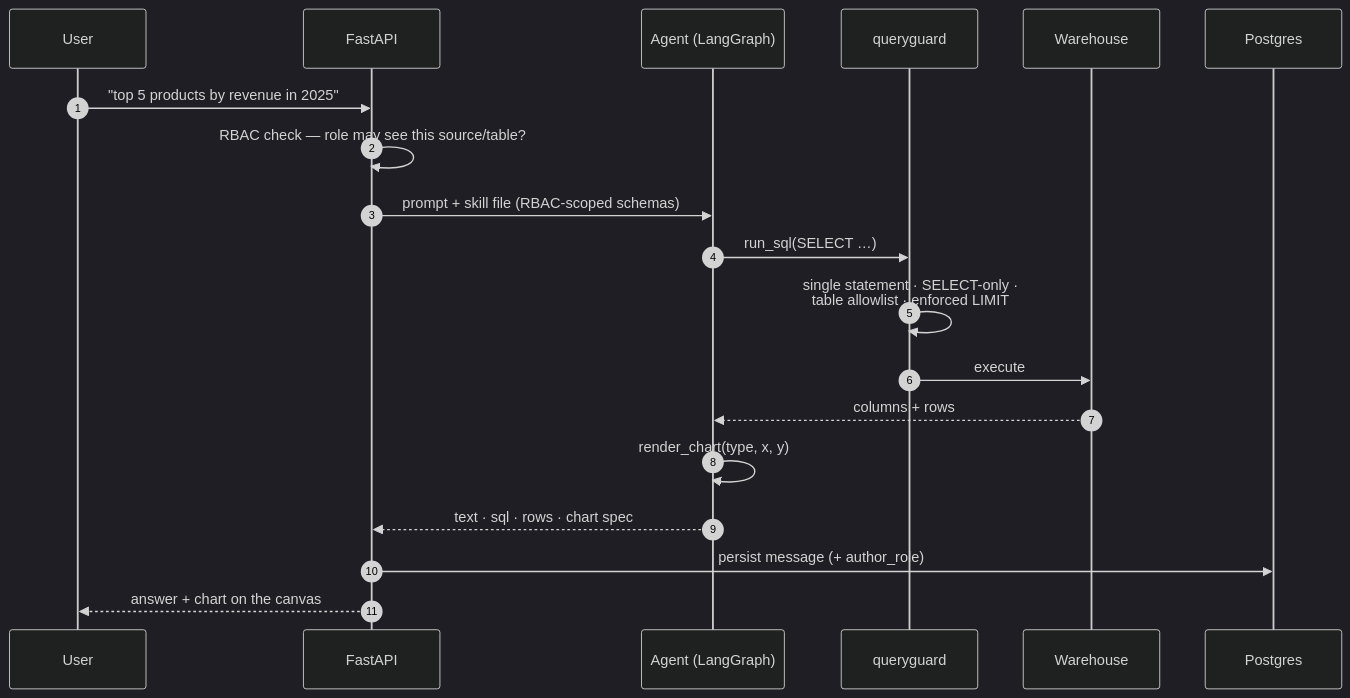
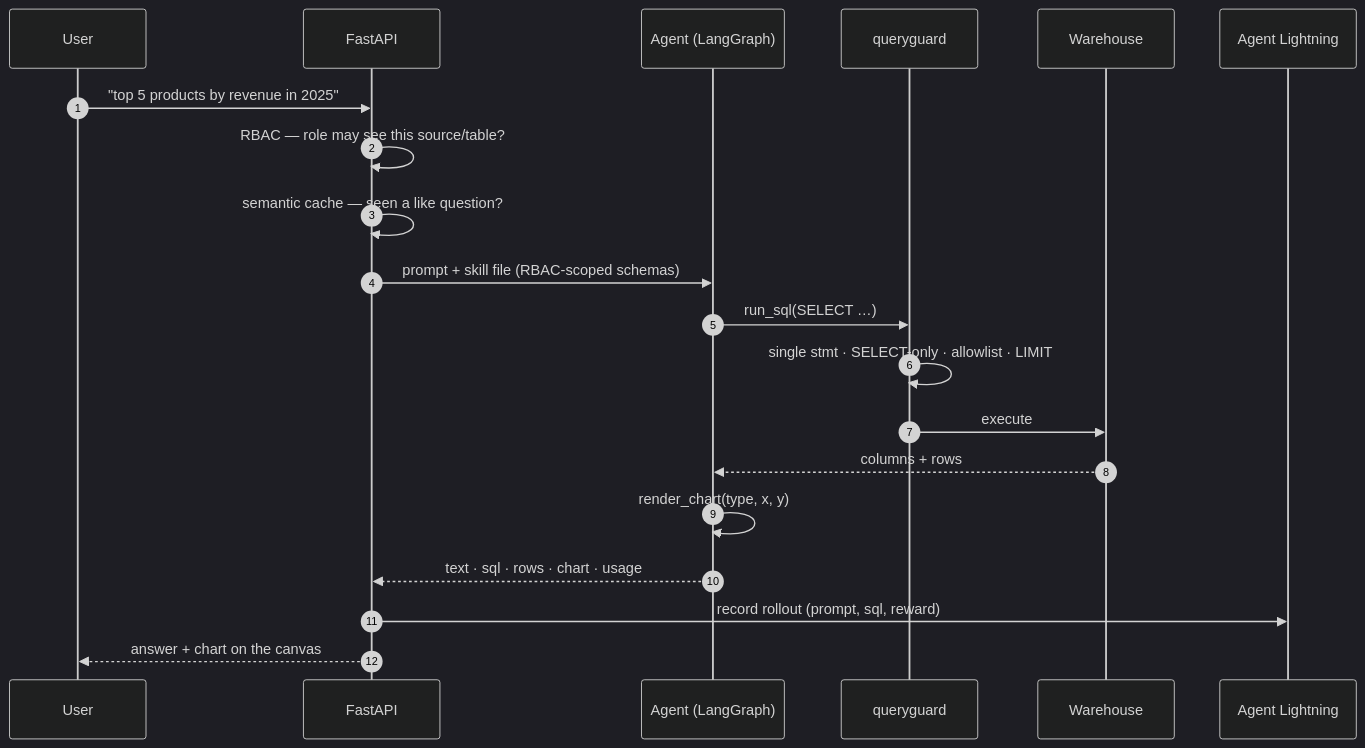
Before and after one commit to rohitkarumanchi745/studio: the second of 9 diagrams in README.md, drawn with Mermaid (dark theme). The commit also changed other lines of this file, not shown here.

First line of the commit message:
README: full-platform rewrite — architecture diagram + tradeoffs/rationale

````diff
--- a/README.md
+++ b/README.md
@@ -77,22 +86,23 @@
 ```mermaid
 sequenceDiagram
     autonumber
     participant U as User
     participant API as FastAPI
     participant A as Agent (LangGraph)
     participant G as queryguard
     participant W as Warehouse
-    participant DB as Postgres
+    participant L as Agent Lightning
 
     U->>API: "top 5 products by revenue in 2025"
-    API->>API: RBAC check — role may see this source/table?
+    API->>API: RBAC — role may see this source/table?
+    API->>API: semantic cache — seen a like question?
     API->>A: prompt + skill file (RBAC-scoped schemas)
     A->>G: run_sql(SELECT …)
-    G->>G: single statement · SELECT-only ·<br/>table allowlist · enforced LIMIT
+    G->>G: single stmt · SELECT-only · allowlist · LIMIT
     G->>W: execute
     W-->>A: columns + rows
     A->>A: render_chart(type, x, y)
-    A-->>API: text · sql · rows · chart spec
-    API->>DB: persist message (+ author_role)
+    A-->>API: text · sql · rows · chart · usage
+    API->>L: record rollout (prompt, sql, reward)
     API-->>U: answer + chart on the canvas
 ```
````
